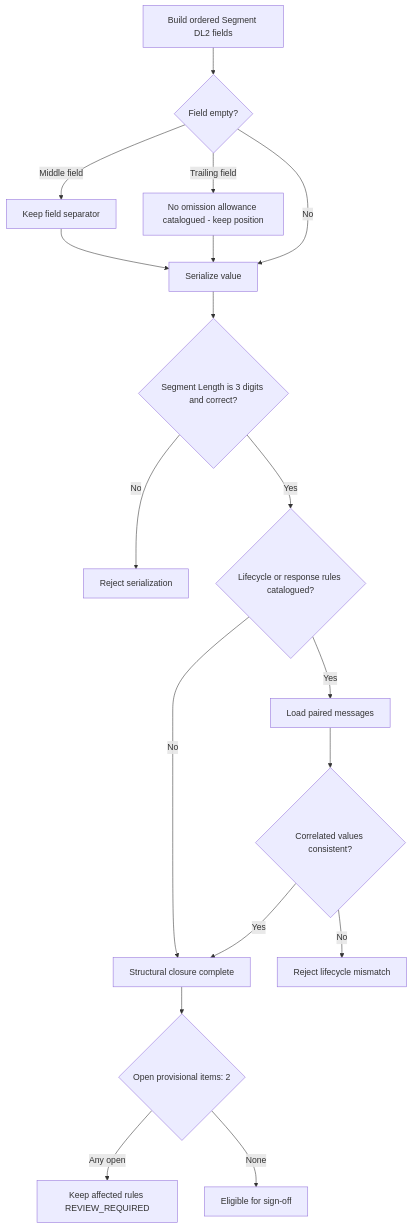
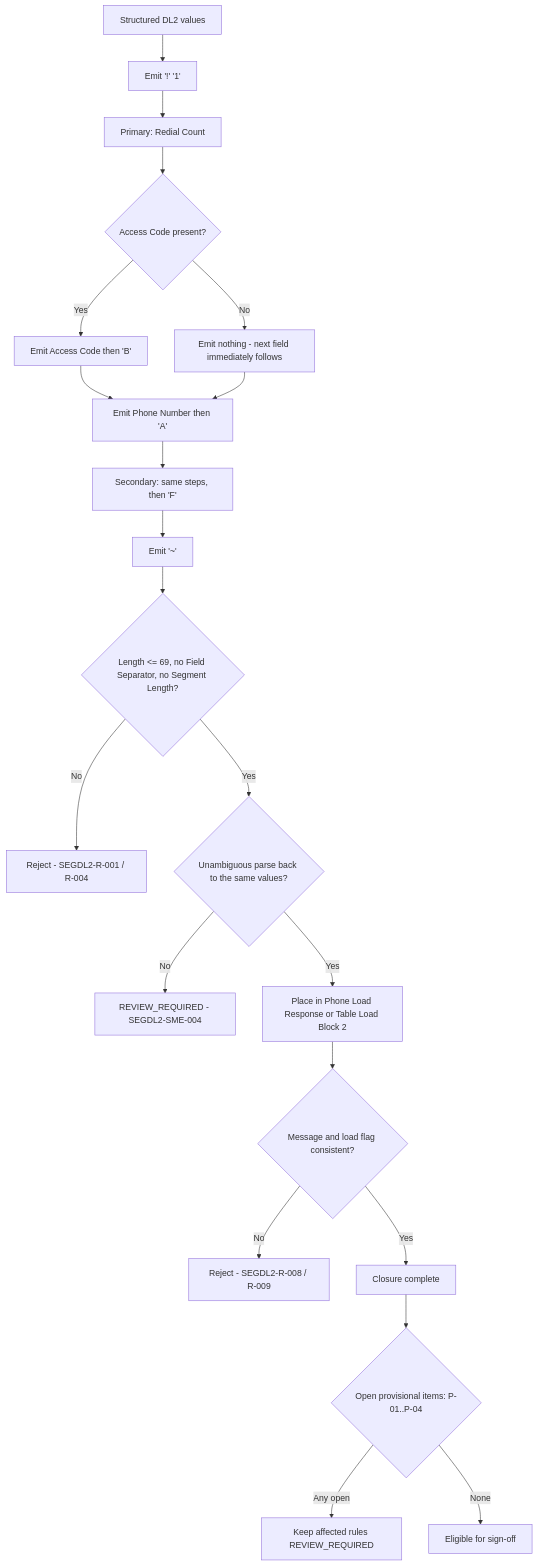
The diagram in regression-artifact-validator/specifications/ATL105/docs/specs/kb/segment-DL2/final-closure-flow.md (DhanSingh-hub/core-auth-ai-validation-framework), drawn with Mermaid before and after one commit. The commit also changed other lines of this file and 28 other files, not shown here.

First line of the commit message:
docs(segment-DL2): retrain KB module against Segment 100 and the 11.7 Phone/Table Load layouts

````diff
--- a/regression-artifact-validator/specifications/ATL105/docs/specs/kb/segment-DL2/final-closure-flow.md
+++ b/regression-artifact-validator/specifications/ATL105/docs/specs/kb/segment-DL2/final-closure-flow.md
@@ -3,21 +3,23 @@
 ```mermaid
 flowchart TD
-    A[Build ordered Segment DL2 fields] --> B{Field empty?}
-    B -->|Middle field| C[Keep field separator]
-    B -->|Trailing field| D[No omission allowance catalogued - keep position]
-    C --> F
-    D --> F
-    B -->|No| F[Serialize value]
-    F --> G{Segment Length is 3 digits and correct?}
-    G -->|No| X1[Reject serialization]
-    G -->|Yes| I
-    I{Lifecycle or response rules catalogued?}
-    I -->|No| Z[Structural closure complete]
-    I -->|Yes| J[Load paired messages]
-    J --> K{Correlated values consistent?}
-    K -->|No| X2[Reject lifecycle mismatch]
-    K -->|Yes| Z
-    Z --> P{Open provisional items: 2}
+    A[Structured DL2 values] --> B["Emit '!' '1'"]
+    B --> C[Primary: Redial Count]
+    C --> D{Access Code present?}
+    D -->|Yes| E["Emit Access Code then 'B'"]
+    D -->|No| F[Emit nothing - next field immediately follows]
+    E --> G["Emit Phone Number then 'A'"]
+    F --> G
+    G --> H[Secondary: same steps, then 'F']
+    H --> I["Emit '~'"]
+    I --> J{Length <= 69, no Field Separator, no Segment Length?}
+    J -->|No| X1[Reject - SEGDL2-R-001 / R-004]
+    J -->|Yes| K{Unambiguous parse back to the same values?}
+    K -->|No| R1[REVIEW_REQUIRED - SEGDL2-SME-004]
+    K -->|Yes| L[Place in Phone Load Response or Table Load Block 2]
+    L --> M{Message and load flag consistent?}
+    M -->|No| X2[Reject - SEGDL2-R-008 / R-009]
+    M -->|Yes| Z[Closure complete]
+    Z --> P{Open provisional items: P-01..P-04}
     P -->|Any open| R[Keep affected rules REVIEW_REQUIRED]
     P -->|None| S[Eligible for sign-off]
 ```
````
